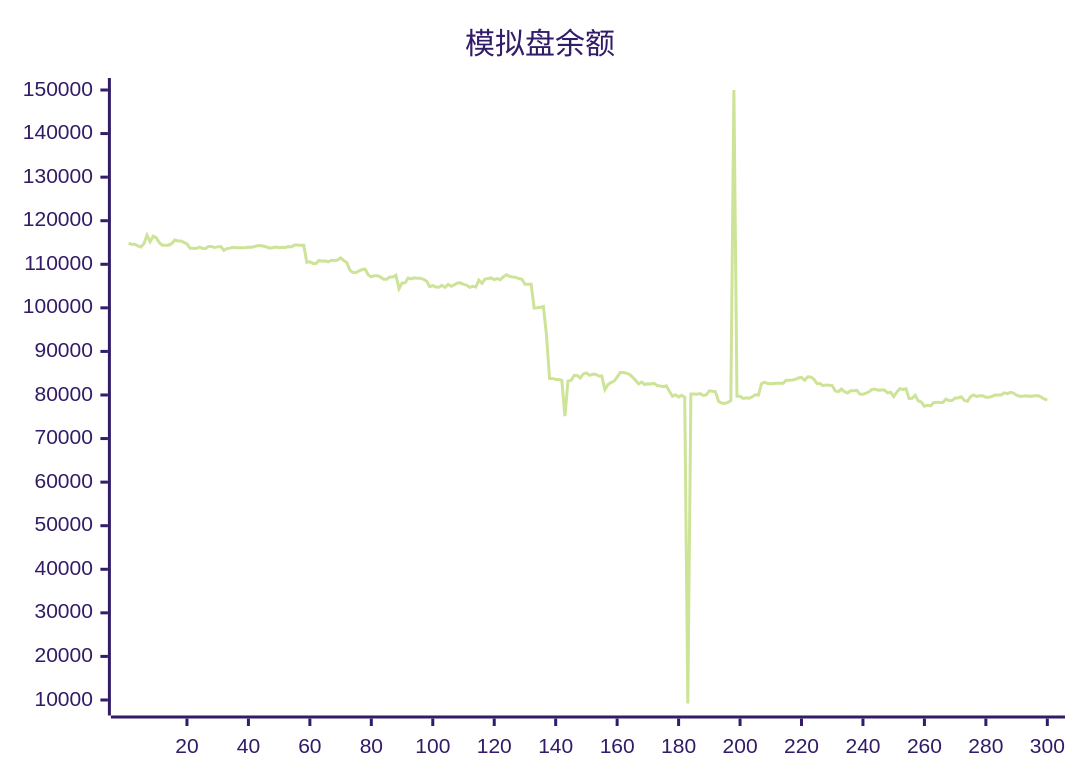
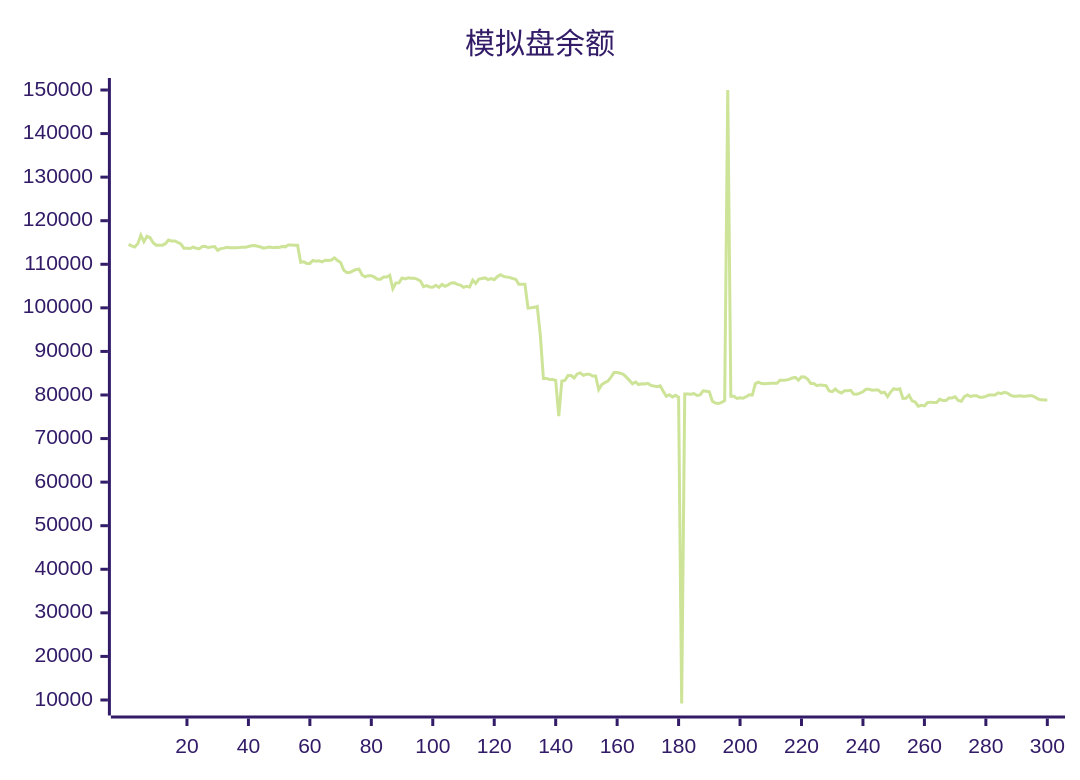
The diagram in README.md (aahl/ai-trading), drawn with Mermaid (forest theme) before and after one commit. The commit also changed other lines of this file and 1 other file, not shown here.

````diff
--- a/README.md
+++ b/README.md
@@ -5,5 +5,5 @@
 ```mermaid
 xychart
     title "模拟盘余额"
-    line [114830,114584,114588,114231,113973,114726,116697,115160,116423,116083,114950,114365,114365,114388,114730,115582,115358,115358,115032,114686,113688,113688,113610,113930,113672,113585,114083,114074,113840,113996,114051,113208,113593,113701,113901,113794,113784,113810,113848,113927,113929,114064,114232,114293,114144,113960,113698,113853,113942,113812,113908,113877,114091,113998,114427,114422,114384,114384,110477,110576,110198,110198,110890,110712,110812,110569,110929,110847,110968,111478,110870,110433,108661,108116,108115,108485,108797,108877,107536,107134,107393,107393,107046,106565,106565,107081,107081,107478,104404,105715,105749,106866,106651,106889,106771,106816,106565,106141,104876,105103,104796,104734,105169,104690,105380,104941,105272,105709,105739,105374,105227,104691,104924,104762,106364,105628,106608,106748,106872,106485,106721,106468,107132,107620,107224,107080,107001,106717,106567,105431,105431,105440,99950,100017,100113,100337,93749,83795,83807,83567,83567,83342,75168,83222,83336,84448,84449,83896,84839,85065,84499,84757,84757,84364,84347,81254,82385,82835,83184,84099,85150,85150,85002,84751,84096,83356,82582,82983,82404,82572,82512,82688,82200,82047,81920,82125,80840,79688,80060,79552,79920,79470,9193,80236,80208,80170,80336,79894,80006,80954,80837,80712,78561,78139,78037,78293,78682,150000,79720,79720,79214,79372,79279,79591,80046,79993,82625,82950,82626,82571,82633,82670,82670,82681,83386,83378,83464,83579,83920,84037,83402,84160,84142,83652,82655,82655,82145,82315,82243,82163,80934,80770,81371,80742,80468,80989,80989,81067,80191,80155,80450,80737,81309,81309,81106,81119,81119,80471,80631,79624,80670,81448,81290,81429,79212,79222,79940,78643,78380,77432,77623,77504,78235,78358,78284,78277,79048,78714,78714,79290,79308,79567,78763,78563,79603,79988,79652,79813,79813,79476,79469,79673,79995,80015,80015,80486,80314,80600,80436,79966,79689,79689,79819,79692,79692,79850,79850,79518,79071,78889]
+    line [114588,114231,113973,114726,116697,115160,116423,116083,114950,114365,114365,114388,114730,115582,115358,115358,115032,114686,113688,113688,113610,113930,113672,113585,114083,114074,113840,113996,114051,113208,113593,113701,113901,113794,113784,113810,113848,113927,113929,114064,114232,114293,114144,113960,113698,113853,113942,113812,113908,113877,114091,113998,114427,114422,114384,114384,110477,110576,110198,110198,110890,110712,110812,110569,110929,110847,110968,111478,110870,110433,108661,108116,108115,108485,108797,108877,107536,107134,107393,107393,107046,106565,106565,107081,107081,107478,104404,105715,105749,106866,106651,106889,106771,106816,106565,106141,104876,105103,104796,104734,105169,104690,105380,104941,105272,105709,105739,105374,105227,104691,104924,104762,106364,105628,106608,106748,106872,106485,106721,106468,107132,107620,107224,107080,107001,106717,106567,105431,105431,105440,99950,100017,100113,100337,93749,83795,83807,83567,83567,83342,75168,83222,83336,84448,84449,83896,84839,85065,84499,84757,84757,84364,84347,81254,82385,82835,83184,84099,85150,85150,85002,84751,84096,83356,82582,82983,82404,82572,82512,82688,82200,82047,81920,82125,80840,79688,80060,79552,79920,79470,9193,80236,80208,80170,80336,79894,80006,80954,80837,80712,78561,78139,78037,78293,78682,150000,79720,79720,79214,79372,79279,79591,80046,79993,82625,82950,82626,82571,82633,82670,82670,82681,83386,83378,83464,83579,83920,84037,83402,84160,84142,83652,82655,82655,82145,82315,82243,82163,80934,80770,81371,80742,80468,80989,80989,81067,80191,80155,80450,80737,81309,81309,81106,81119,81119,80471,80631,79624,80670,81448,81290,81429,79212,79222,79940,78643,78380,77432,77623,77504,78235,78358,78284,78277,79048,78714,78714,79290,79308,79567,78763,78563,79603,79988,79652,79813,79813,79476,79469,79673,79995,80015,80015,80486,80314,80600,80436,79966,79689,79689,79819,79692,79692,79850,79850,79518,79071,78889,78850,78850]
 ```
````
